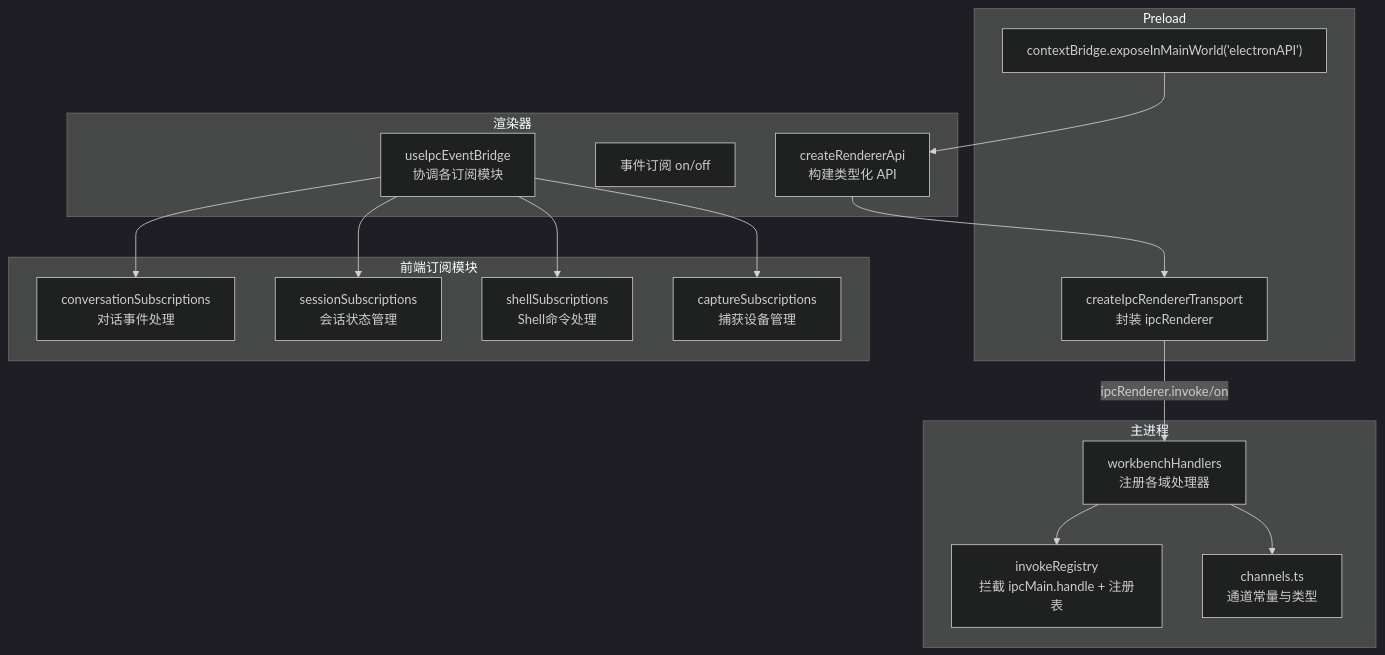
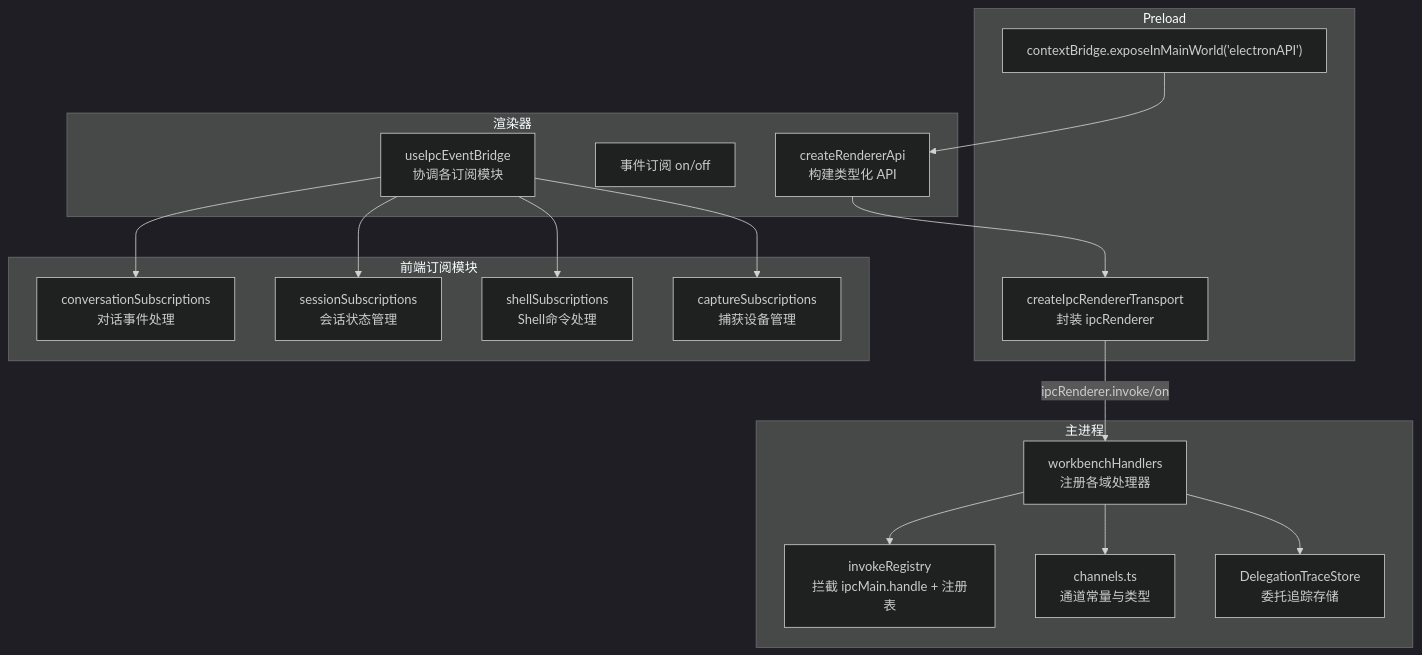
The first of 14 diagrams in .qoder/repowiki/zh/content/架构设计/主进程架构/IPC 通信机制.md (haolange/RDC-Agent), drawn with Mermaid (dark theme) before and after one commit. The commit also changed other lines of this file and 25 other files, not shown here.

````diff
--- a/.qoder/repowiki/zh/content/架构设计/主进程架构/IPC 通信机制.md
+++ b/.qoder/repowiki/zh/content/架构设计/主进程架构/IPC 通信机制.md
@@ -55,32 +59,34 @@
 ```mermaid
 graph TB
 subgraph "渲染器"
 R_API["createRendererApi<br/>构建类型化 API"]
 R_EVT["事件订阅 on/off"]
 R_BOOTSTRAP["useIpcEventBridge<br/>协调各订阅模块"]
 end
 subgraph "Preload"
 P_TRANSPORT["createIpcRendererTransport<br/>封装 ipcRenderer"]
 P_BRIDGE["contextBridge.exposeInMainWorld('electronAPI')"]
 end
 subgraph "主进程"
 W_HANDLERS["workbenchHandlers<br/>注册各域处理器"]
 INV_REG["invokeRegistry<br/>拦截 ipcMain.handle + 注册表"]
 CHANS["channels.ts<br/>通道常量与类型"]
+DELEG_STORE["DelegationTraceStore<br/>委托追踪存储"]
 end
 subgraph "前端订阅模块"
 CONV_SUB["conversationSubscriptions<br/>对话事件处理"]
 SESS_SUB["sessionSubscriptions<br/>会话状态管理"]
 SHELL_SUB["shellSubscriptions<br/>Shell命令处理"]
 CAPT_SUB["captureSubscriptions<br/>捕获设备管理"]
 end
 R_API --> P_TRANSPORT
 P_BRIDGE --> R_API
 P_TRANSPORT --> |ipcRenderer.invoke/on| W_HANDLERS
 W_HANDLERS --> INV_REG
 W_HANDLERS --> CHANS
+W_HANDLERS --> DELEG_STORE
 R_BOOTSTRAP --> CONV_SUB
 R_BOOTSTRAP --> SESS_SUB
 R_BOOTSTRAP --> SHELL_SUB
 R_BOOTSTRAP --> CAPT_SUB
 ```
````
